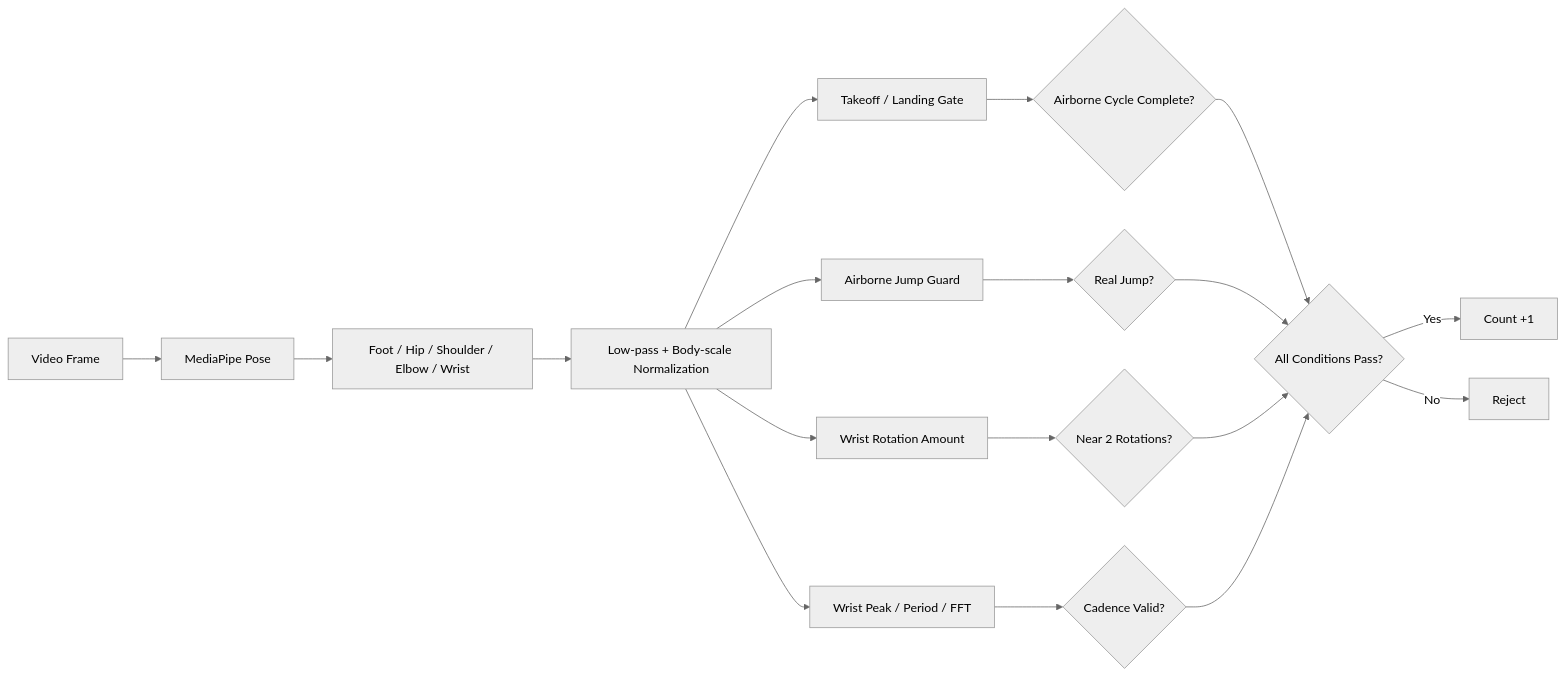
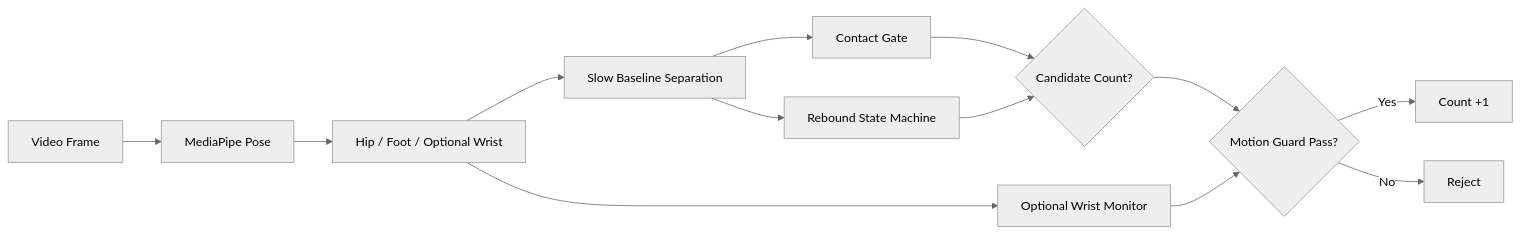
One commit to Hooneybadger/jump-rope-detector changed the first of 2 diagrams in double_jump/README.md. Above: the diagram before and after it, drawn with Mermaid (neutral theme). The commit also changed other lines of this file and 10 other files, not shown here.

````diff
--- a/double_jump/README.md
+++ b/double_jump/README.md
@@ -17,20 +14,15 @@
 ```mermaid
 flowchart LR
     A[Video Frame] --> B[MediaPipe Pose]
-    B --> C[Foot / Hip / Shoulder / Elbow / Wrist]
-    C --> D[Low-pass + Body-scale Normalization]
-    D --> E[Takeoff / Landing Gate]
-    D --> F[Airborne Jump Guard]
-    D --> G[Wrist Rotation Amount]
-    D --> H[Wrist Peak / Period / FFT]
-    E --> I{Airborne Cycle Complete?}
-    F --> J{Real Jump?}
-    G --> K{Near 2 Rotations?}
-    H --> L{Cadence Valid?}
-    I --> M{All Conditions Pass?}
-    J --> M
-    K --> M
-    L --> M
-    M -->|Yes| N[Count +1]
-    M -->|No| O[Reject]
+    B --> C[Hip / Foot / Optional Wrist]
+    C --> D[Slow Baseline Separation]
+    D --> E[Contact Gate]
+    D --> F[Rebound State Machine]
+    C --> G[Optional Wrist Monitor]
+    E --> H{Candidate Count?}
+    F --> H
+    H --> I{Motion Guard Pass?}
+    G --> I
+    I -->|Yes| J[Count +1]
+    I -->|No| K[Reject]
 ```
````
